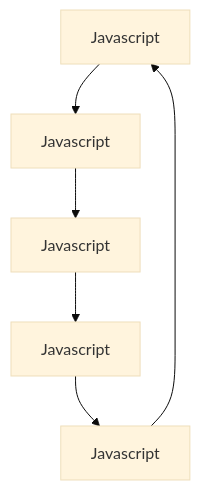
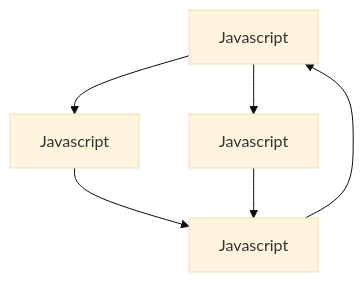
Before and after one commit to AwesomeMarley/AwesomeMarley: the diagram in Readme.md, drawn with Mermaid (base theme).

````diff
--- a/Readme.md
+++ b/Readme.md
@@ -5,8 +5,8 @@
 ```mermaid
 graph TD;
     id1[Javascript] --> id2[Javascript];
-    id2[Javascript] --> id3[Javascript];
+    id2[Javascript] --> id4[Javascript];
+    id1[Javascript] --> id3[Javascript];
     id3[Javascript] --> id4[Javascript];
-    id4[Javascript] --> id5[Javascript];
-    id5[Javascript] --> id1[Javascript];
+    id4[Javascript] --> id1[Javascript];
 ```
````
